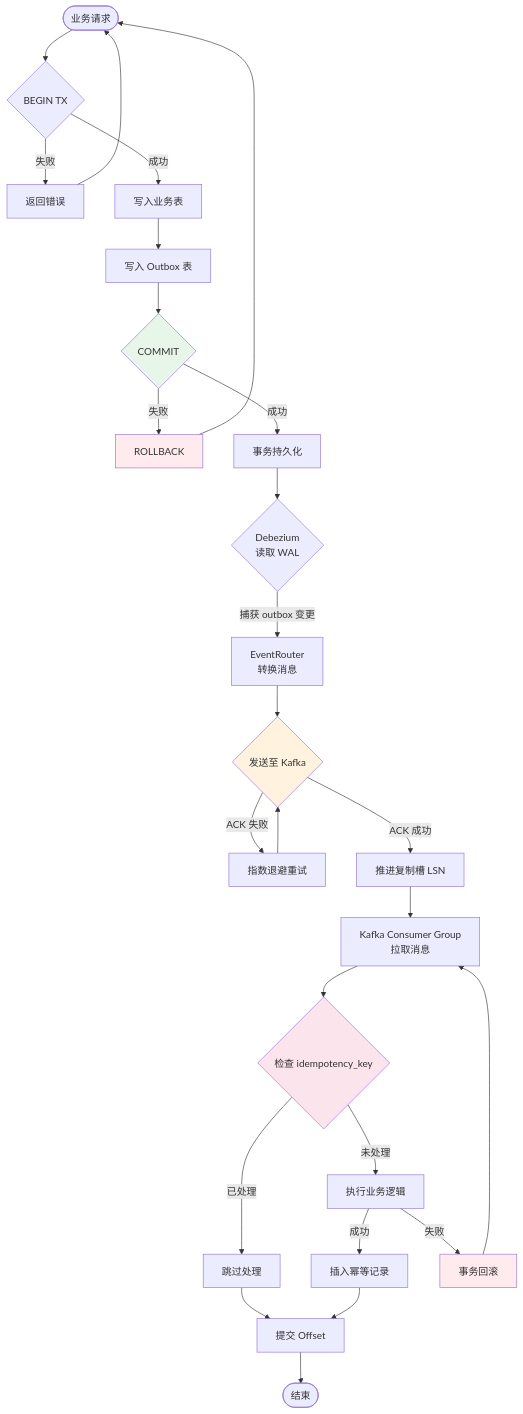
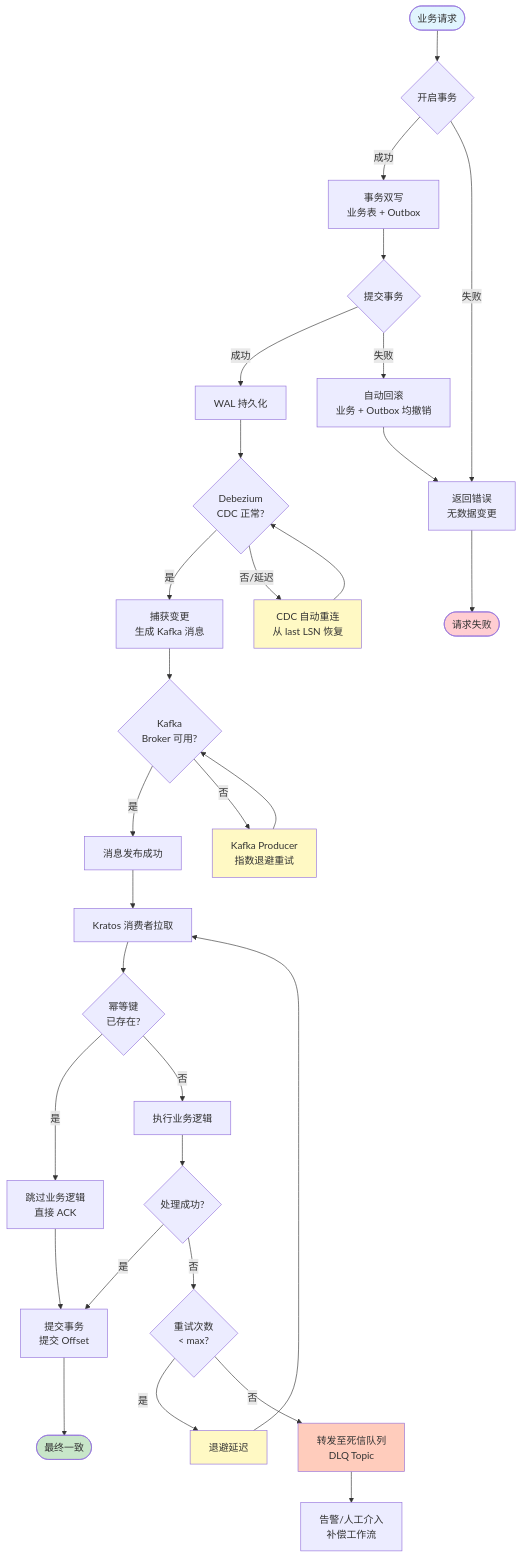
The second of 2 diagrams in TECH-STACK-STREAMING-POSTGRES-TEMPORAL-KRATOS/03-integration/03.03-outbox-pattern-pg18-kratos.md (AdaMartin18010/AnalysisDataFlow), drawn with Mermaid before and after one commit. The commit also changed other lines of this file and 5 other files, not shown here.

````diff
--- a/TECH-STACK-STREAMING-POSTGRES-TEMPORAL-KRATOS/03-integration/03.03-outbox-pattern-pg18-kratos.md
+++ b/TECH-STACK-STREAMING-POSTGRES-TEMPORAL-KRATOS/03-integration/03.03-outbox-pattern-pg18-kratos.md
@@ -635,30 +622,43 @@
 ```mermaid
 flowchart TD
-    Start([业务请求]) --> TX{BEGIN TX}
-    TX -->|失败| ERR1[返回错误] --> Start
-    TX -->|成功| BW[写入业务表]
-    BW --> OW[写入 Outbox 表]
-    OW --> CM{COMMIT}
-    CM -->|失败| ERR2[ROLLBACK] --> Start
-    CM -->|成功| PD[事务持久化]
+    Start([业务请求]) --> TX{开启事务}
+    TX -->|成功| BW[事务双写<br/>业务表 + Outbox]
+    TX -->|失败| ERR1[返回错误<br/>无数据变更]
+    BW --> COMMIT{提交事务}
+    COMMIT -->|成功| WAL[WAL 持久化]
+    COMMIT -->|失败| RB[自动回滚<br/>业务 + Outbox 均撤销]
+    RB --> ERR1
 
-    PD --> CDC{Debezium<br/>读取 WAL}
-    CDC -->|捕获 outbox 变更| RTE[EventRouter<br/>转换消息]
-    RTE --> KF{发送至 Kafka}
-    KF -->|ACK 失败| RET[指数退避重试] --> KF
-    KF -->|ACK 成功| PL[推进复制槽 LSN]
+    WAL --> CDC{Debezium<br/>CDC 正常?}
+    CDC -->|是| CAP[捕获变更<br/>生成 Kafka 消息]
+    CDC -->|否/延迟| RETRY_CDC[CDC 自动重连<br/>从 last LSN 恢复]
+    RETRY_CDC --> CDC
 
-    PL --> CG[Kafka Consumer Group<br/>拉取消息]
-    CG --> IDEM{检查 idempotency_key}
-    IDEM -->|已处理| SKIP[跳过处理] --> OFF[提交 Offset]
-    IDEM -->|未处理| BP[执行业务逻辑]
-    BP -->|成功| IP[插入幂等记录] --> OFF
-    BP -->|失败| ERR3[事务回滚] --> CG
-    OFF --> END([结束])
+    CAP --> KAFKA{Kafka<br/>Broker 可用?}
+    KAFKA -->|是| PUB[消息发布成功]
+    KAFKA -->|否| RETRY_KF[Kafka Producer<br/>指数退避重试]
+    RETRY_KF --> KAFKA
 
-    style CM fill:#e8f5e9
-    style KF fill:#fff3e0
-    style IDEM fill:#fce4ec
-    style ERR2 fill:#ffebee
-    style ERR3 fill:#ffebee
+    PUB --> CONSUME[Kratos 消费者拉取]
+    CONSUME --> IDEMP{幂等键<br/>已存在?}
+    IDEMP -->|是| SKIP[跳过业务逻辑<br/>直接 ACK]
+    IDEMP -->|否| PROC[执行业务逻辑]
+    PROC --> SUCCESS{处理成功?}
+    SUCCESS -->|是| ACK[提交事务<br/>提交 Offset]
+    SUCCESS -->|否| RETRY_C{重试次数<br/>< max?}
+    RETRY_C -->|是| DELAY[退避延迟] --> CONSUME
+    RETRY_C -->|否| DLQ[转发至死信队列<br/>DLQ Topic]
+    SKIP --> ACK
+
+    ACK --> END([最终一致])
+    DLQ --> ALERT[告警/人工介入<br/>补偿工作流]
+    ERR1 --> END_FAIL([请求失败])
+
+    style Start fill:#e1f5fe
+    style END fill:#c8e6c9
+    style END_FAIL fill:#ffcdd2
+    style DLQ fill:#ffccbc
+    style RETRY_CDC fill:#fff9c4
+    style RETRY_KF fill:#fff9c4
+    style DELAY fill:#fff9c4
 ```
````
